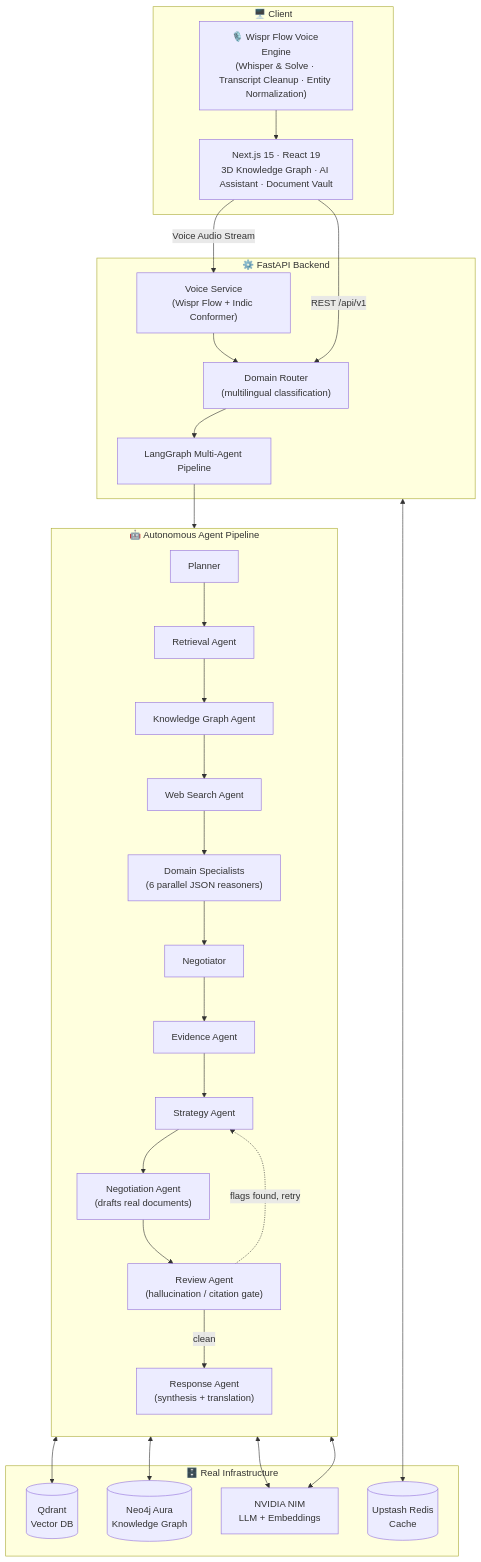
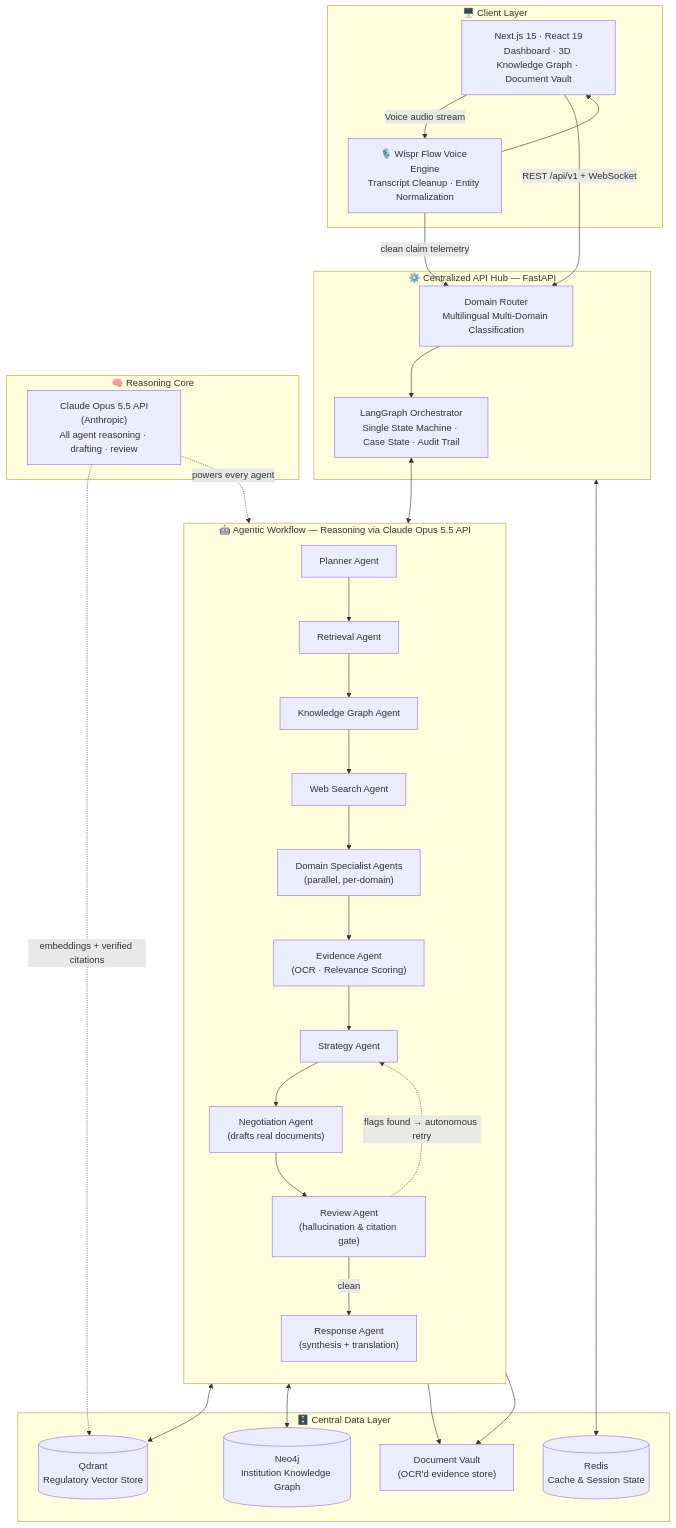
Before and after one commit to victrvondoom/RECLAIM: the first of 2 diagrams in README.md, drawn with Mermaid. The commit also changed other lines of this file and 78 other files, not shown here.

````diff
--- a/README.md
+++ b/README.md
@@ -92,47 +70,58 @@
 ```mermaid
 flowchart TB
-    subgraph Client["🖥️ Client"]
-        UI["Next.js 15 · React 19<br/>3D Knowledge Graph · AI Assistant · Document Vault"]
-        Voice["🎙️ Wispr Flow Voice Engine<br/>(Whisper & Solve · Transcript Cleanup · Entity Normalization)"]
+    subgraph Client["🖥️ Client Layer"]
+        UI["Next.js 15 · React 19<br/>Dashboard · 3D Knowledge Graph · Document Vault"]
+        Voice["🎙️ Wispr Flow Voice Engine<br/>Transcript Cleanup · Entity Normalization"]
         Voice --> UI
     end
 
-    subgraph API["⚙️ FastAPI Backend"]
-        Router["Domain Router<br/>(multilingual classification)"]
-        Graph["LangGraph Multi-Agent Pipeline"]
-        VoiceService["Voice Service<br/>(Wispr Flow + Indic Conformer)"]
+    subgraph Hub["⚙️ Centralized API Hub — FastAPI"]
+        Router["Domain Router<br/>Multilingual Multi-Domain Classification"]
+        Orchestrator["LangGraph Orchestrator<br/>Single State Machine · Case State · Audit Trail"]
     end
 
-    subgraph Agents["🤖 Autonomous Agent Pipeline"]
+    subgraph Agents["🤖 Agentic Workflow — Reasoning via Claude Opus 5.5 API"]
         direction TB
-        Planner["Planner"] --> Retrieval["Retrieval Agent"]
-        Retrieval --> KGraph["Knowledge Graph Agent"]
-        KGraph --> WebSearch["Web Search Agent"]
-        WebSearch --> Specialists["Domain Specialists<br/>(6 parallel JSON reasoners)"]
-        Specialists --> Negotiator["Negotiator"]
-        Negotiator --> Evidence["Evidence Agent"]
-        Evidence --> Strategy["Strategy Agent"]
-        Strategy --> Appeal["Negotiation Agent<br/>(drafts real documents)"]
-        Appeal --> Review["Review Agent<br/>(hallucination / citation gate)"]
-        Review -. "flags found, retry" .-> Strategy
-        Review -- "clean" --> Response["Response Agent<br/>(synthesis + translation)"]
+        Planner["Planner Agent"]
+        Retrieval["Retrieval Agent"]
+        KGraph["Knowledge Graph Agent"]
+        WebSearch["Web Search Agent"]
+        Specialists["Domain Specialist Agents<br/>(parallel, per-domain)"]
+        Evidence["Evidence Agent<br/>(OCR · Relevance Scoring)"]
+        Strategy["Strategy Agent"]
+        Negotiator["Negotiation Agent<br/>(drafts real documents)"]
+        Review["Review Agent<br/>(hallucination & citation gate)"]
+        Response["Response Agent<br/>(synthesis + translation)"]
+
+        Planner --> Retrieval --> KGraph --> WebSearch --> Specialists
+        Specialists --> Evidence --> Strategy --> Negotiator --> Review
+        Review -. "flags found → autonomous retry" .-> Strategy
+        Review -- "clean" --> Response
     end
 
-    subgraph Infra["🗄️ Real Infrastructure"]
-        Qdrant[("Qdrant<br/>Vector DB")]
-        Neo4j[("Neo4j Aura<br/>Knowledge Graph")]
-        Redis[("Upstash Redis<br/>Cache")]
-        LLM["NVIDIA NIM<br/>LLM + Embeddings"]
+    subgraph Data["🗄️ Central Data Layer"]
+        Qdrant[("Qdrant<br/>Regulatory Vector Store")]
+        Neo4j[("Neo4j<br/>Institution Knowledge Graph")]
+        Redis[("Redis<br/>Cache & Session State")]
+        Vault["Document Vault<br/>(OCR'd evidence store)"]
     end
 
-    UI -->|Voice Audio Stream| VoiceService
-    VoiceService --> Router
-    UI -->|REST /api/v1| Router
-    Router --> Graph
-    Graph --> Agents
+    subgraph LLM["🧠 Reasoning Core"]
+        Claude["Claude Opus 5.5 API<br/>(Anthropic)<br/>All agent reasoning · drafting · review"]
+    end
+
+    UI -->|Voice audio stream| Voice
+    UI -->|"REST /api/v1 + WebSocket"| Router
+    Voice -->|clean claim telemetry| Router
+    Router --> Orchestrator
+    Orchestrator <--> Agents
+
     Retrieval <--> Qdrant
     KGraph <--> Neo4j
-    Specialists <--> LLM
-    Response <--> LLM
-    API <--> Redis
+    Specialists --> Vault
+    Negotiator --> Vault
+    Hub <--> Redis
+
+    Claude -. powers every agent .-> Agents
+    Claude -. embeddings + verified citations .-> Qdrant
 ```
````
